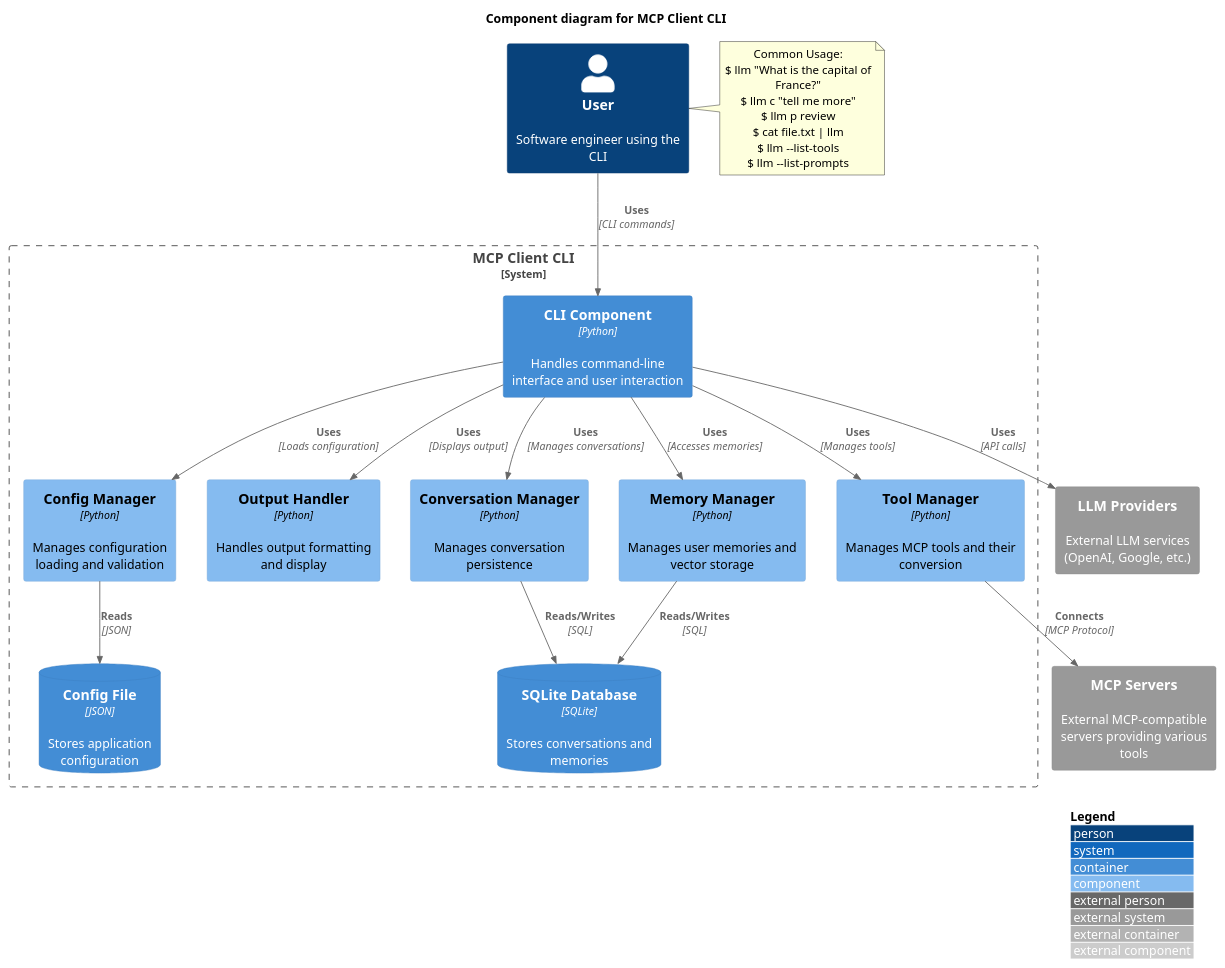
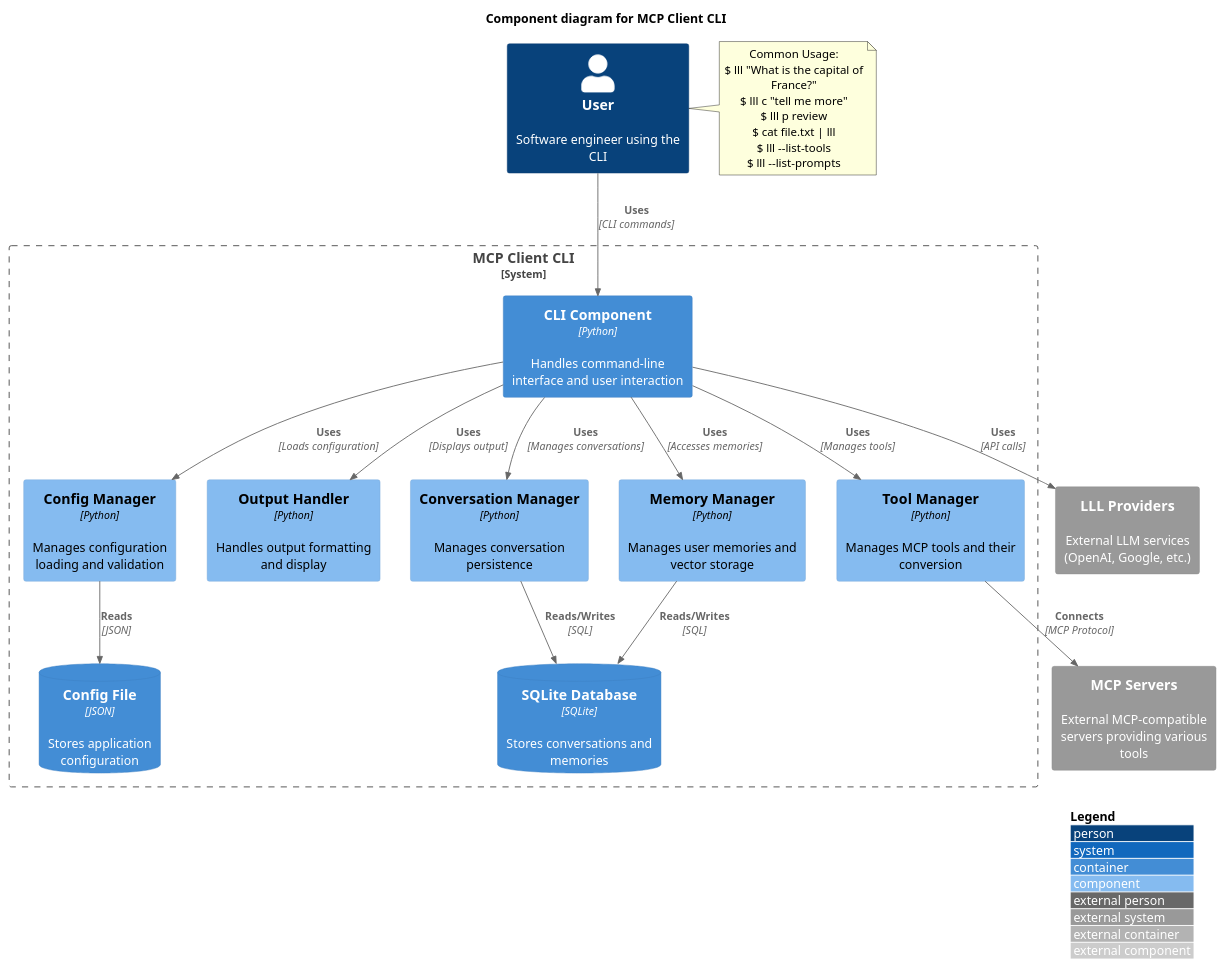
One commit to wsh-auto/mcp-client-cli changed the diagram in c4_diagram.puml. Above: the diagram before and after it, drawn with PlantUML. The commit also changed 5 other files, not shown here.

First line of the commit message:
DOC: Rebrand llm command to lll in documentation

```diff
--- a/c4_diagram.puml
+++ b/c4_diagram.puml
@@ -1,52 +1,52 @@
 @startuml MCP Client CLI Architecture
 
 !include https://raw.githubusercontent.com/plantuml-stdlib/C4-PlantUML/master/C4_Component.puml
 
 LAYOUT_WITH_LEGEND()
 
 title Component diagram for MCP Client CLI
 
 Person(user, "User", "Software engineer using the CLI")
 
 note right of user
     Common Usage:
-    $ llm "What is the capital of France?"
-    $ llm c "tell me more"
-    $ llm p review
-    $ cat file.txt | llm
-    $ llm --list-tools
-    $ llm --list-prompts
+    $ lll "What is the capital of France?"
+    $ lll c "tell me more"
+    $ lll p review
+    $ cat file.txt | lll
+    $ lll --list-tools
+    $ lll --list-prompts
 end note
 
 System_Boundary(mcp_client_cli, "MCP Client CLI") {
     Container(cli_component, "CLI Component", "Python", "Handles command-line interface and user interaction", $tags="cli")
     
     
     Component(config_manager, "Config Manager", "Python", "Manages configuration loading and validation")
     Component(output_handler, "Output Handler", "Python", "Handles output formatting and display")
     Component(conversation_manager, "Conversation Manager", "Python", "Manages conversation persistence")
     Component(memory_manager, "Memory Manager", "Python", "Manages user memories and vector storage")
     Component(tool_manager, "Tool Manager", "Python", "Manages MCP tools and their conversion")
     
     ContainerDb(sqlite_db, "SQLite Database", "SQLite", "Stores conversations and memories")
     ContainerDb(config_file, "Config File", "JSON", "Stores application configuration")
 }
 
 System_Ext(mcp_servers, "MCP Servers", "External MCP-compatible servers providing various tools")
-System_Ext(llm_providers, "LLM Providers", "External LLM services (OpenAI, Google, etc.)")
+System_Ext(lll_providers, "LLL Providers", "External LLM services (OpenAI, Google, etc.)")
 
 Rel(user, cli_component, "Uses", "CLI commands")
 Rel(cli_component, config_manager, "Uses", "Loads configuration")
 Rel(cli_component, output_handler, "Uses", "Displays output")
 Rel(cli_component, conversation_manager, "Uses", "Manages conversations")
 Rel(cli_component, memory_manager, "Uses", "Accesses memories")
 Rel(cli_component, tool_manager, "Uses", "Manages tools")
 
 Rel(conversation_manager, sqlite_db, "Reads/Writes", "SQL")
 Rel(memory_manager, sqlite_db, "Reads/Writes", "SQL")
 Rel(config_manager, config_file, "Reads", "JSON")
 
 Rel(tool_manager, mcp_servers, "Connects", "MCP Protocol")
-Rel(cli_component, llm_providers, "Uses", "API calls")
+Rel(cli_component, lll_providers, "Uses", "API calls")
 
 @enduml 
```
